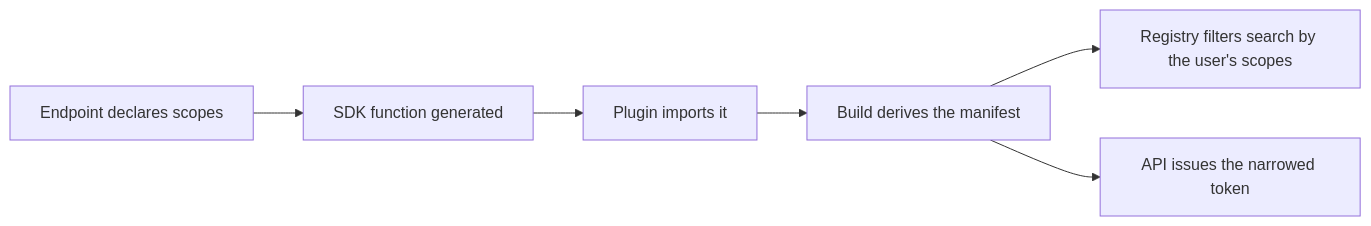
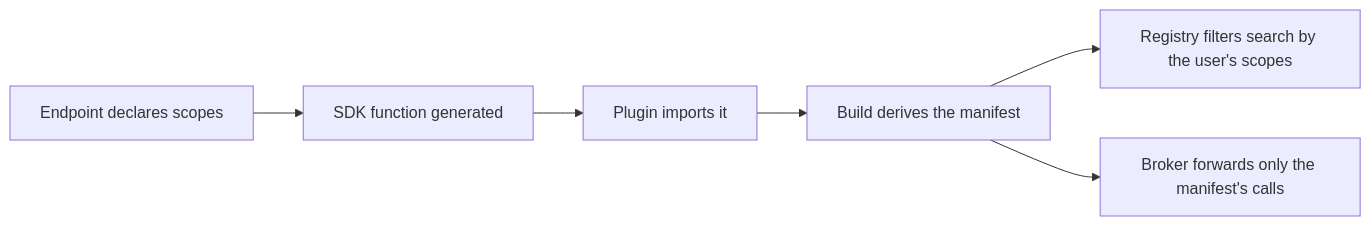
The third of 3 diagrams in docs/03-architecture.md (mcwhittemore/thixo), drawn with Mermaid before and after one commit. The commit also changed other lines of this file and 7 other files, not shown here.

````diff
--- a/docs/03-architecture.md
+++ b/docs/03-architecture.md
@@ -115,8 +119,8 @@
 ```mermaid
 flowchart LR
   E[Endpoint declares scopes] --> S[SDK function generated]
   S --> I[Plugin imports it]
   I --> M[Build derives the manifest]
   M --> R[Registry filters search by the user's scopes]
-  M --> T[API issues the narrowed token]
+  M --> T[Broker forwards only the manifest's calls]
 ```
````
